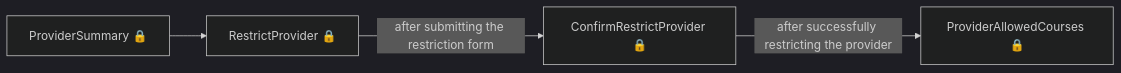
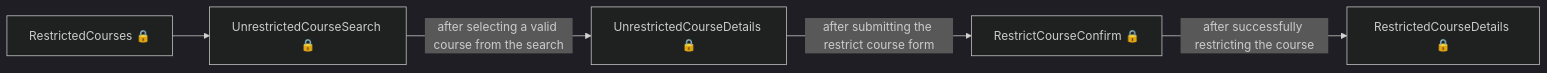
Before and after one commit to talentconsulting/atlas-dfe: the third of 15 diagrams in das-admin-roatp-web/user-journeys/user-journeys.md, drawn with Mermaid (dark theme). The commit also changed other lines of this file and 36 other files, not shown here.

````diff
--- a/das-admin-roatp-web/user-journeys/user-journeys.md
+++ b/das-admin-roatp-web/user-journeys/user-journeys.md
@@ -50,6 +37,7 @@
 ```mermaid
 flowchart LR
-  p0["ProviderSummary 🔒"] --> p1["RestrictProvider 🔒"]
-  p1["RestrictProvider 🔒"] -->|"after submitting the restriction form"| p2["ConfirmRestrictProvider 🔒"]
-  p2["ConfirmRestrictProvider 🔒"] -->|"after successfully restricting the provider"| p3["ProviderAllowedCourses 🔒"]
+  p0["RestrictedCourses 🔒"] --> p1["UnrestrictedCourseSearch 🔒"]
+  p1["UnrestrictedCourseSearch 🔒"] -->|"after selecting a valid course from the search"| p2["UnrestrictedCourseDetails 🔒"]
+  p2["UnrestrictedCourseDetails 🔒"] -->|"after submitting the restrict course form"| p3["RestrictCourseConfirm 🔒"]
+  p3["RestrictCourseConfirm 🔒"] -->|"after successfully restricting the course"| p4["RestrictedCourseDetails 🔒"]
 ```
````
